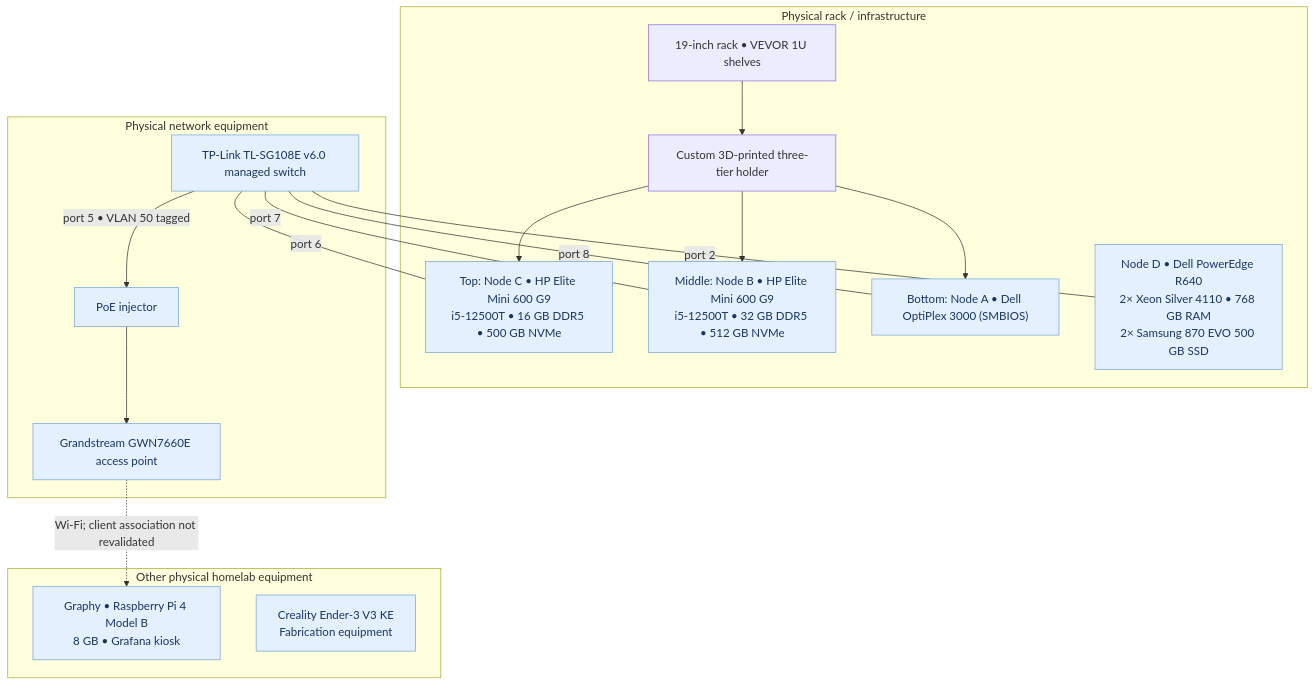
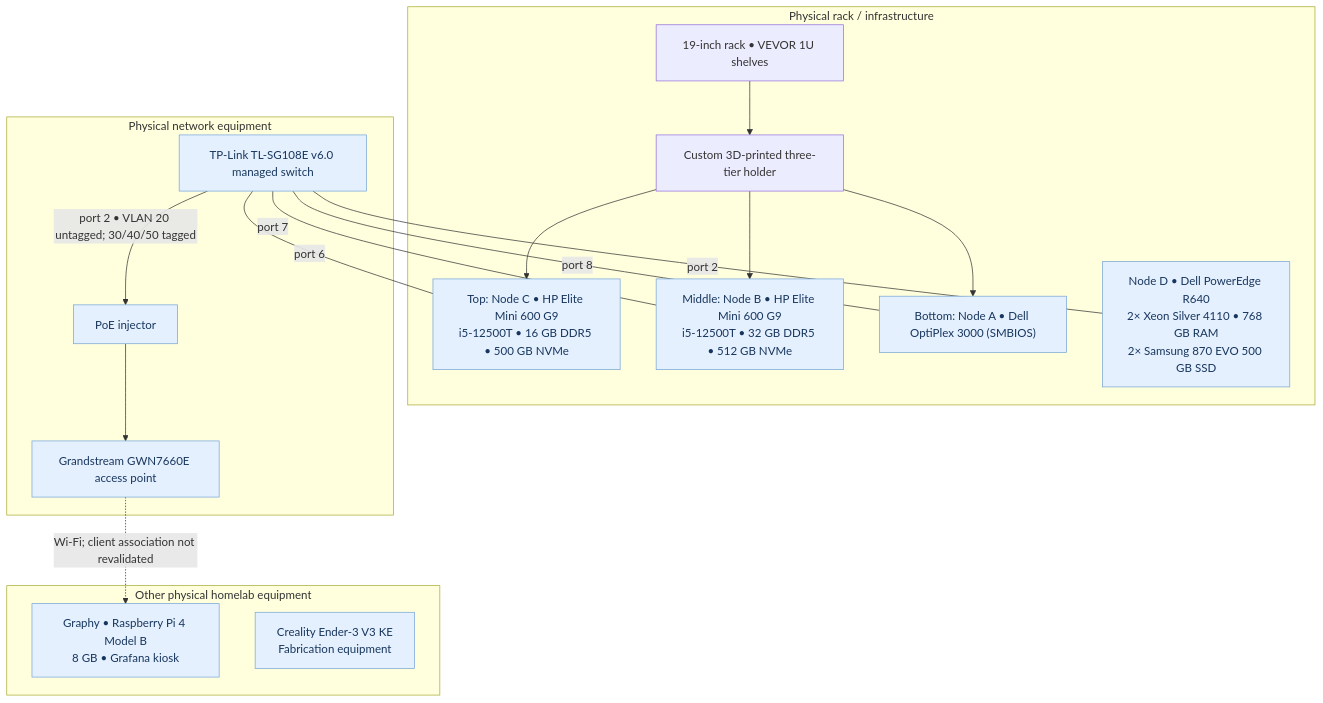
One commit to samuelkemp1619/HOMELAB-PORTFOLIO changed the third of 3 diagrams in network/diagrams/README.md. Above: the diagram before and after it, drawn with Mermaid. The commit also changed other lines of this file, not shown here.

Commit message:
Correct AP uplink and trusted Wi-Fi VLAN mapping

````diff
--- a/network/diagrams/README.md
+++ b/network/diagrams/README.md
@@ -124,32 +124,32 @@
 ```mermaid
 flowchart TB
     subgraph RACK["Physical rack / infrastructure"]
         SHELVES["19-inch rack • VEVOR 1U shelves"]
         HOLDER["Custom 3D-printed three-tier holder"]
         H3["Top: Node C • HP Elite Mini 600 G9<br/>i5-12500T • 16 GB DDR5 • 500 GB NVMe"]
         H2["Middle: Node B • HP Elite Mini 600 G9<br/>i5-12500T • 32 GB DDR5 • 512 GB NVMe"]
         H1["Bottom: Node A • Dell OptiPlex 3000 (SMBIOS)"]
         R640["Node D • Dell PowerEdge R640<br/>2× Xeon Silver 4110 • 768 GB RAM<br/>2× Samsung 870 EVO 500 GB SSD"]
         SHELVES --> HOLDER
         HOLDER --> H3
         HOLDER --> H2
         HOLDER --> H1
     end
     subgraph NETWORK_HW["Physical network equipment"]
         SWITCH_HW["TP-Link TL-SG108E v6.0 managed switch"]
         INJECTOR["PoE injector"]
         ACCESS["Grandstream GWN7660E access point"]
-        SWITCH_HW -->|"port 5 • VLAN 50 tagged"| INJECTOR --> ACCESS
+        SWITCH_HW -->|"port 2 • VLAN 20 untagged; 30/40/50 tagged"| INJECTOR --> ACCESS
     end
     subgraph OTHER_HW["Other physical homelab equipment"]
         PI4["Graphy • Raspberry Pi 4 Model B<br/>8 GB • Grafana kiosk"]
         PRINTER["Creality Ender-3 V3 KE<br/>Fabrication equipment"]
     end
     SWITCH_HW ---|"port 8"| H1
     SWITCH_HW ---|"port 7"| H2
     SWITCH_HW ---|"port 6"| H3
     SWITCH_HW ---|"port 2"| R640
     ACCESS -. "Wi-Fi; client association not revalidated" .-> PI4
     classDef platform fill:#e5f0ff,color:#17365d,stroke:#77a5d6
     class H1,H2,H3,R640,SWITCH_HW,INJECTOR,ACCESS,PI4,PRINTER platform
 ```
````
